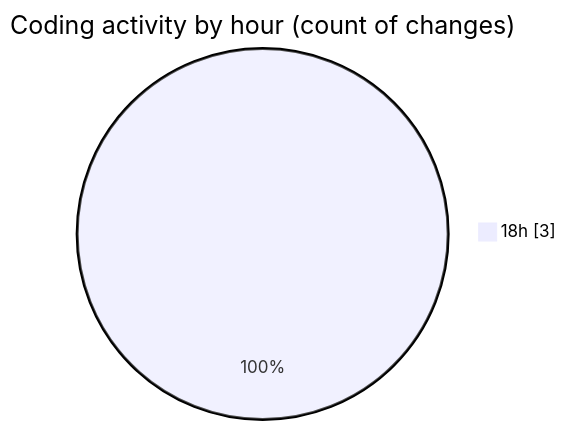
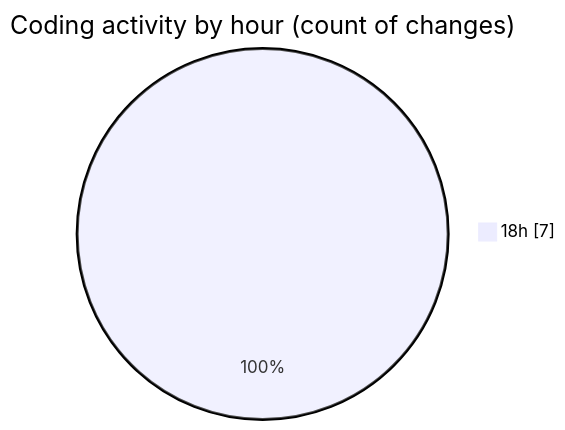
Before and after one commit to hasnaa123/code-tracking: the second of 2 diagrams in 2025-12-28/java_basics/README.md, drawn with Mermaid. The commit also changed other lines of this file and 1 other file, not shown here.

````diff
--- a/2025-12-28/java_basics/README.md
+++ b/2025-12-28/java_basics/README.md
@@ -28,5 +28,5 @@
 ```mermaid
 pie showData
 title Coding activity by hour (count of changes)
-"18h" : 3
+"18h" : 7
 ```
````
